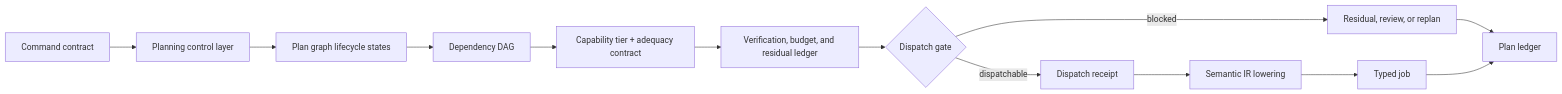
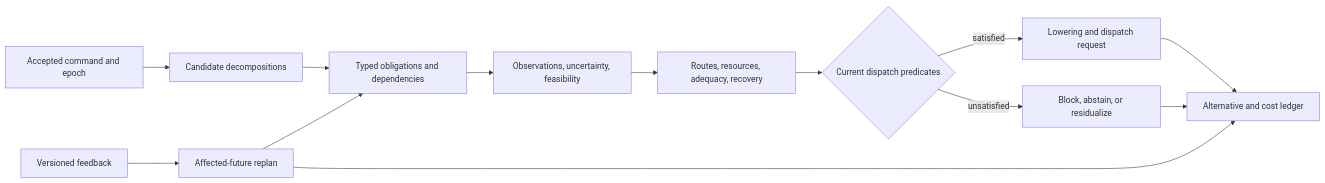
Before and after one commit to corbensorenson/asi-stack-book: the diagram in chapters/planning-as-a-control-layer.qmd, drawn with Mermaid. The commit also changed other lines of this file and 723 other files, not shown here.

````diff
--- a/chapters/planning-as-a-control-layer.qmd
+++ b/chapters/planning-as-a-control-layer.qmd
@@ -121,15 +188,26 @@
 ```{mermaid}
 flowchart LR
-  A["Command contract"] --> B["Planning control layer"]
-  B --> C["Plan graph lifecycle states"]
-  C --> D["Dependency DAG"]
-  D --> E["Capability tier + adequacy contract"]
-  E --> F["Verification, budget, and residual ledger"]
-  F --> G{"Dispatch gate"}
-  G -- "blocked" --> H["Residual, review, or replan"]
-  G -- "dispatchable" --> I["Dispatch receipt"]
-  I --> J["Semantic IR lowering"]
-  J --> K["Typed job"]
-  H --> L["Plan ledger"]
-  K --> L
+  A["Accepted command and epoch"]
+  B["Candidate decompositions"]
+  C["Typed obligations and dependencies"]
+  D["Observations, uncertainty, feasibility"]
+  E["Routes, resources, adequacy, recovery"]
+  F{"Current dispatch predicates"}
+  G["Lowering and dispatch request"]
+  H["Block, abstain, or residualize"]
+  I["Versioned feedback"]
+  J["Affected-future replan"]
+  K["Alternative and cost ledger"]
+  A --> B
+  B --> C
+  C --> D
+  D --> E
+  E --> F
+  F -- "satisfied" --> G
+  F -- "unsatisfied" --> H
+  G --> K
+  H --> K
+  I --> J
+  J --> C
+  J --> K
 ```
````
